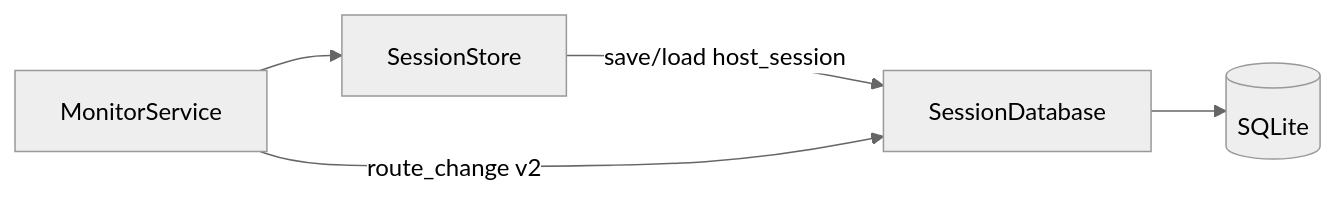
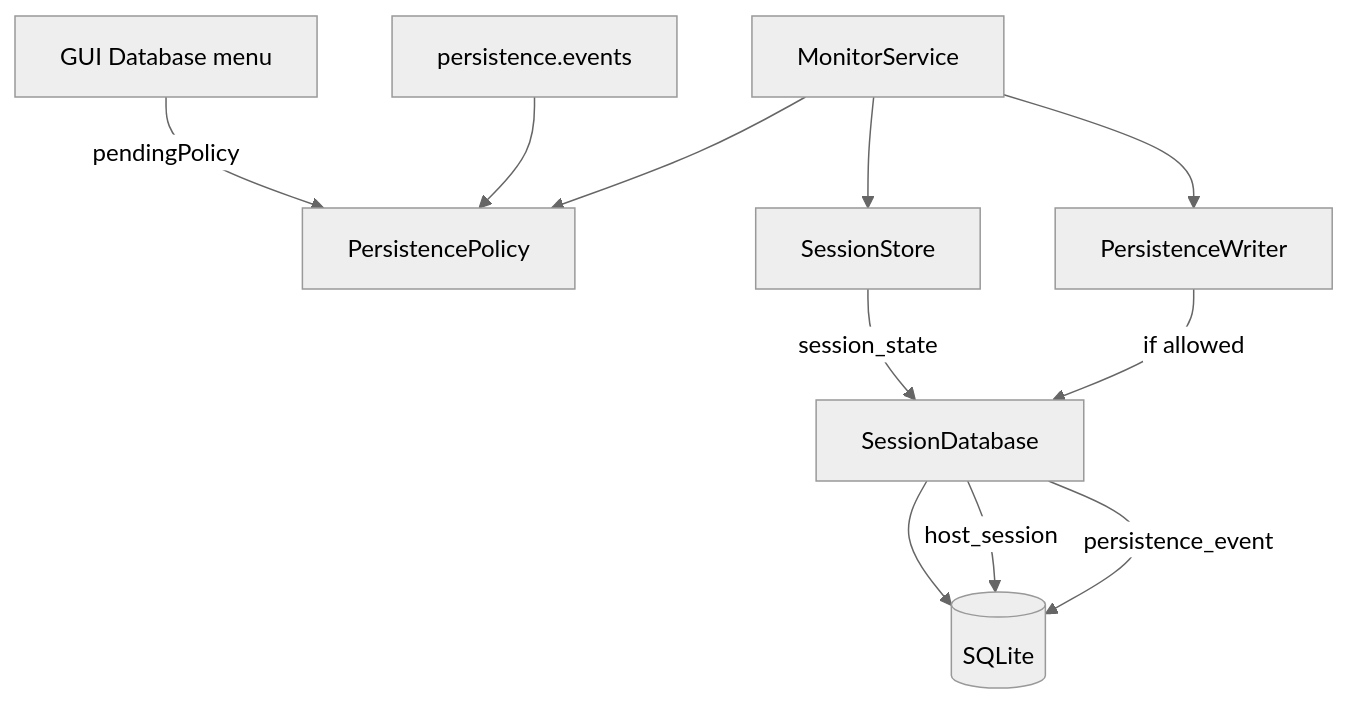
The diagram in docs/en/SPIKE_PERSISTENCE.md (sesquicadaver/PINGUI), drawn with Mermaid (neutral theme) before and after one commit. The commit also changed other lines of this file and 4 other files, not shown here.

First line of the commit message:
Document persistence event policy in SPIKE (P11-002).

````diff
--- a/docs/en/SPIKE_PERSISTENCE.md
+++ b/docs/en/SPIKE_PERSISTENCE.md
@@ -120,11 +200,21 @@
 ```mermaid
-flowchart LR
+flowchart TB
   MS[MonitorService]
+  PP[PersistencePolicy]
+  PW[PersistenceWriter]
   SS[SessionStore]
   SD[SessionDatabase]
   DB[(SQLite)]
+  UI[GUI Database menu]
+  YAML[persistence.events]
+  MS --> PP
+  UI -->|pendingPolicy| PP
+  YAML --> PP
   MS --> SS
-  SS -->|save/load host_session| SD
+  SS -->|session_state| SD
+  MS --> PW
+  PW -->|if allowed| SD
   SD --> DB
-  MS -->|route_change v2| SD
+  SD -->|host_session| DB
+  SD -->|persistence_event| DB
 ```
````
